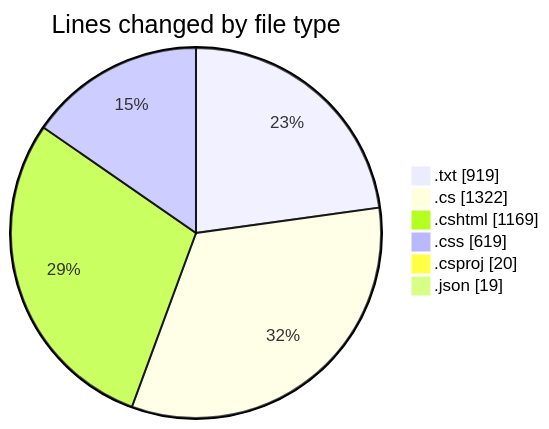
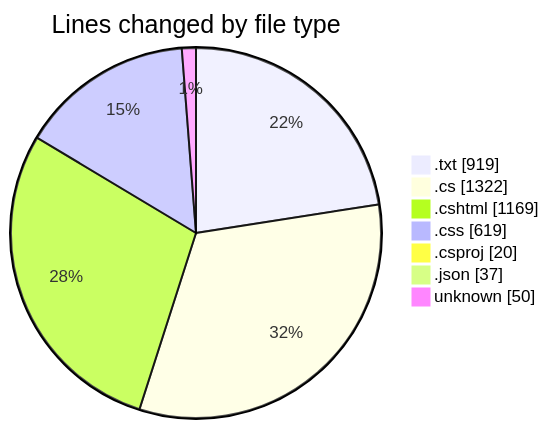
The first of 2 diagrams in 2025-07-26/quanlyrapchieuphim-1/README.md (lephambinh05/code-tracking), drawn with Mermaid before and after one commit. The commit also changed other lines of this file and 1 other file, not shown here.

````diff
--- a/2025-07-26/quanlyrapchieuphim-1/README.md
+++ b/2025-07-26/quanlyrapchieuphim-1/README.md
@@ -32,10 +34,11 @@
 ```mermaid
 pie showData
 title Lines changed by file type
 ".txt" : 919
 ".cs" : 1322
 ".cshtml" : 1169
 ".css" : 619
 ".csproj" : 20
-".json" : 19
+".json" : 37
+"unknown" : 50
 ```
````
